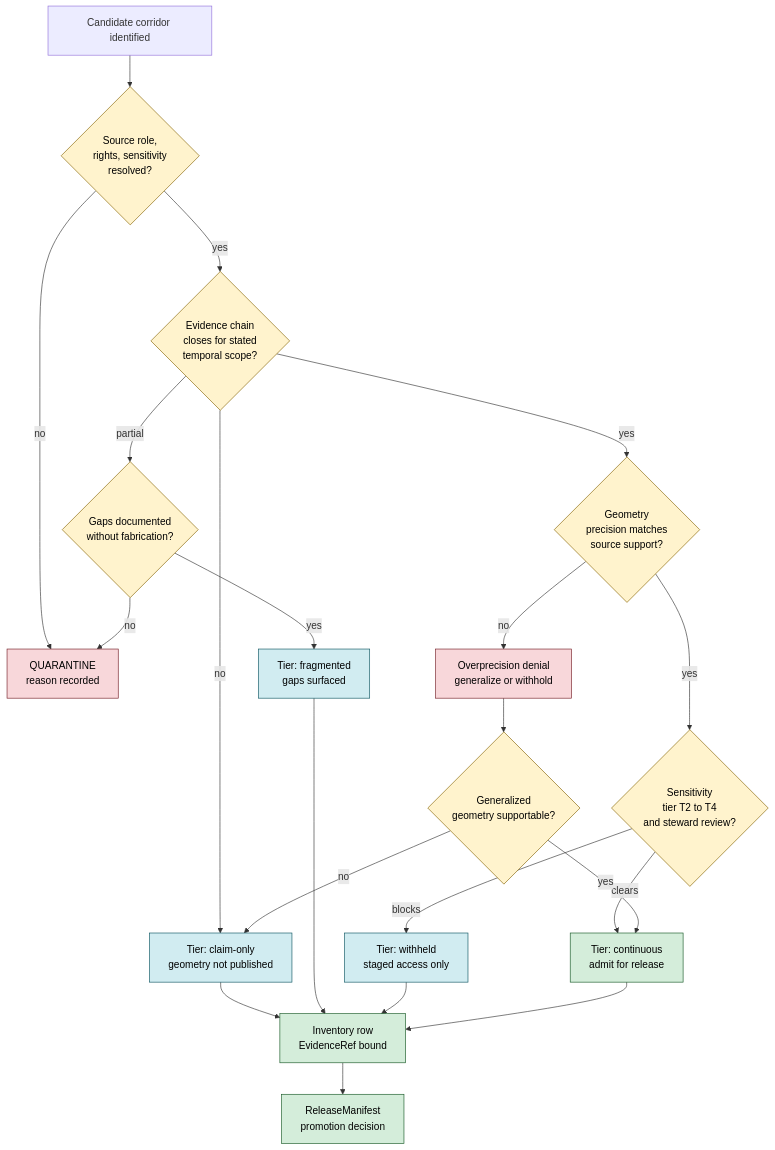
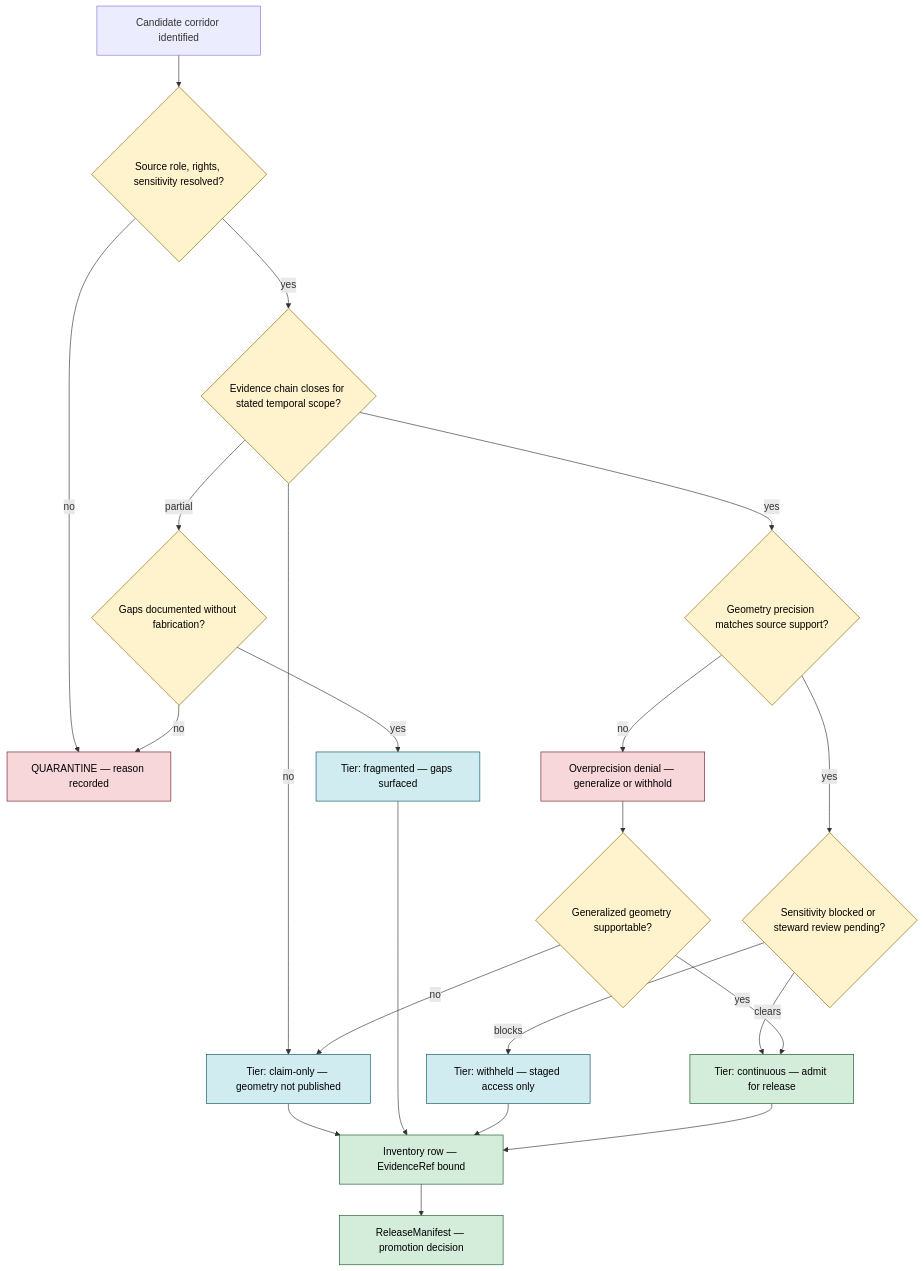
Before and after one commit to bartytime4life/Kansas-Frontier-Matrix: the diagram in docs/domains/roads-rail-trade/CONTINUITY_INVENTORY.md, drawn with Mermaid. The commit also changed other lines of this file, not shown here.

````diff
--- a/docs/domains/roads-rail-trade/CONTINUITY_INVENTORY.md
+++ b/docs/domains/roads-rail-trade/CONTINUITY_INVENTORY.md
@@ -240,33 +253,31 @@
 ```mermaid
 flowchart TD
-    A[Candidate corridor identified] --> B{Source role,<br/>rights, sensitivity<br/>resolved?}
-    B -- "no" --> Q[QUARANTINE<br/>reason recorded]
-    B -- "yes" --> C{Evidence chain<br/>closes for stated<br/>temporal scope?}
-    C -- "no" --> D[Tier: claim-only<br/>geometry not published]
-    C -- "partial" --> E{Gaps documented<br/>without fabrication?}
+    A["Candidate corridor identified"] --> B{"Source role, rights, sensitivity resolved?"}
+    B -- "no" --> Q["QUARANTINE — reason recorded"]
+    B -- "yes" --> C{"Evidence chain closes for stated temporal scope?"}
+    C -- "no" --> D["Tier: claim-only — geometry not published"]
+    C -- "partial" --> E{"Gaps documented without fabrication?"}
     E -- "no" --> Q
-    E -- "yes" --> F[Tier: fragmented<br/>gaps surfaced]
-    C -- "yes" --> G{Geometry<br/>precision matches<br/>source support?}
-    G -- "no" --> H[Overprecision denial<br/>generalize or withhold]
-    G -- "yes" --> I{Sensitivity<br/>tier T2 to T4<br/>and steward review?}
-    I -- "blocks" --> J[Tier: withheld<br/>staged access only]
-    I -- "clears" --> K[Tier: continuous<br/>admit for release]
-    H --> L{Generalized<br/>geometry supportable?}
+    E -- "yes" --> F["Tier: fragmented — gaps surfaced"]
+    C -- "yes" --> G{"Geometry precision matches source support?"}
+    G -- "no" --> H["Overprecision denial — generalize or withhold"]
+    G -- "yes" --> I{"Sensitivity blocked or steward review pending?"}
+    I -- "blocks" --> J["Tier: withheld — staged access only"]
+    I -- "clears" --> K["Tier: continuous — admit for release"]
+    H --> L{"Generalized geometry supportable?"}
     L -- "yes" --> K
     L -- "no" --> D
-    D --> M[Inventory row<br/>EvidenceRef bound]
+    D --> M["Inventory row — EvidenceRef bound"]
     F --> M
     J --> M
     K --> M
-    M --> N[ReleaseManifest<br/>promotion decision]
-
-    classDef gate fill:#fff3cd,stroke:#856404,color:#000
-    classDef deny fill:#f8d7da,stroke:#721c24,color:#000
-    classDef admit fill:#d4edda,stroke:#155724,color:#000
-    classDef hold fill:#d1ecf1,stroke:#0c5460,color:#000
-
-    class B,C,E,G,I,L gate
-    class Q,H deny
-    class K,M,N admit
-    class D,F,J hold
+    M --> N["ReleaseManifest — promotion decision"]
+    classDef gate fill:#fff3cd,stroke:#856404,color:#000;
+    classDef deny fill:#f8d7da,stroke:#721c24,color:#000;
+    classDef admit fill:#d4edda,stroke:#155724,color:#000;
+    classDef hold fill:#d1ecf1,stroke:#0c5460,color:#000;
+    class B,C,E,G,I,L gate;
+    class Q,H deny;
+    class K,M,N admit;
+    class D,F,J hold;
 ```
````
